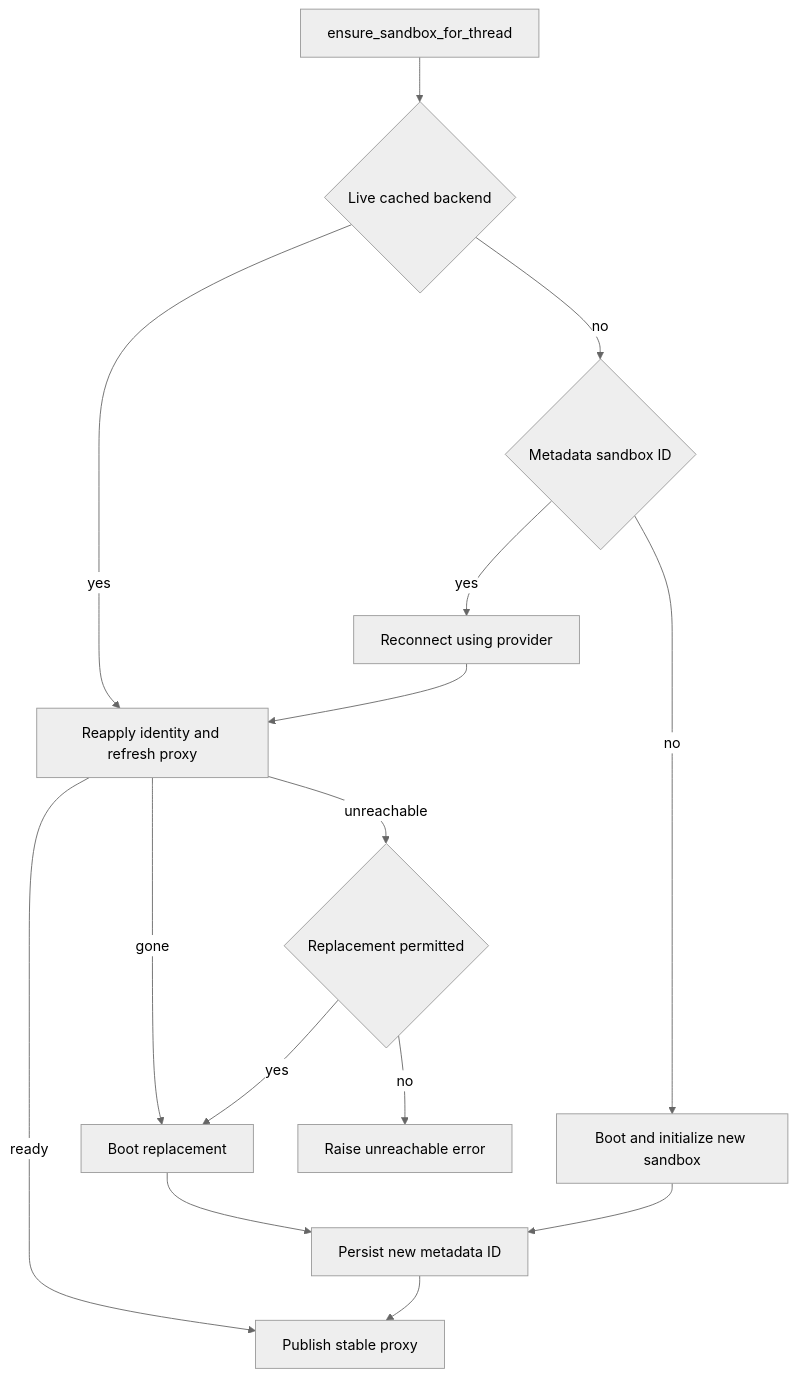
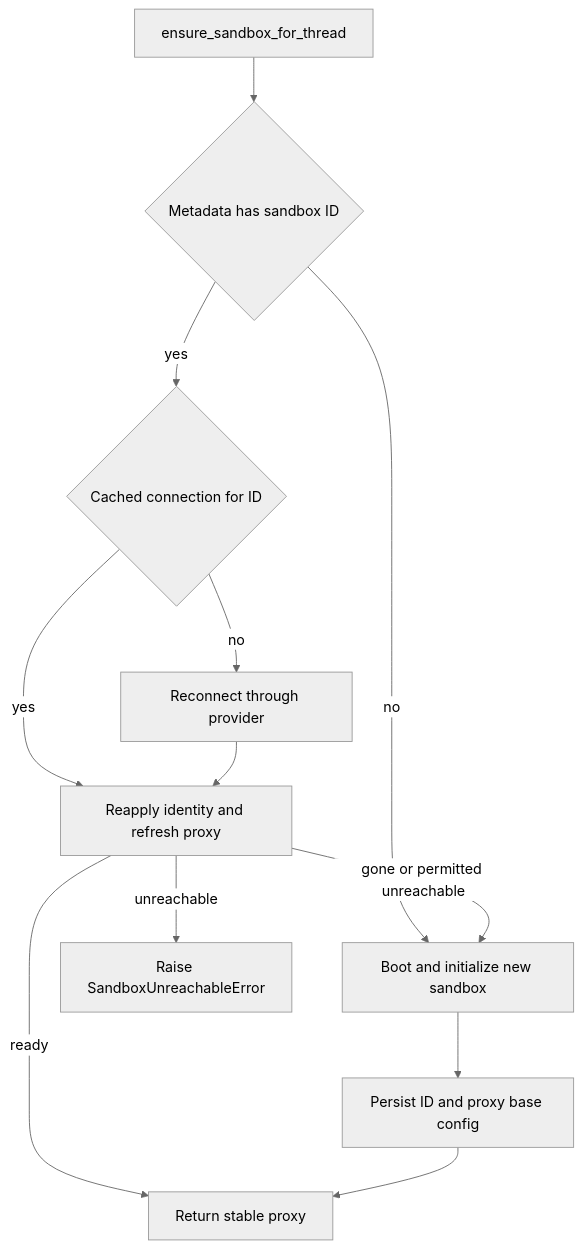
One commit to langchain-ai/open-swe changed the diagram in openwiki/architecture/sandbox-lifecycle.md. Above: the diagram before and after it, drawn with Mermaid (neutral theme). The commit also changed other lines of this file and 51 other files, not shown here.

````diff
--- a/openwiki/architecture/sandbox-lifecycle.md
+++ b/openwiki/architecture/sandbox-lifecycle.md
@@ -79,17 +81,14 @@
 ```mermaid
 flowchart TD
-  Start["ensure_sandbox_for_thread"] --> Cached{"Live cached backend"}
-  Cached -->|"yes"| Refresh["Reapply identity and refresh proxy"]
-  Cached -->|"no"| Bound{"Metadata sandbox ID"}
-  Bound -->|"yes"| Reconnect["Reconnect using provider"]
-  Bound -->|"no"| Create["Boot and initialize new sandbox"]
-  Reconnect --> Refresh
-  Refresh -->|"ready"| Publish
-  Refresh -->|"gone"| Replace["Boot replacement"]
-  Refresh -->|"unreachable"| Permit{"Replacement permitted"}
-  Permit -->|"yes"| Replace
-  Permit -->|"no"| Fail["Raise unreachable error"]
-  Create --> Bind["Persist new metadata ID"]
-  Replace --> Bind
-  Bind --> Publish["Publish stable proxy"]
+  Start["ensure_sandbox_for_thread"] --> Binding{"Metadata has sandbox ID"}
+  Binding -->|"no"| Boot["Boot and initialize new sandbox"]
+  Binding -->|"yes"| Connection{"Cached connection for ID"}
+  Connection -->|"yes"| Reuse["Reapply identity and refresh proxy"]
+  Connection -->|"no"| Reconnect["Reconnect through provider"]
+  Reconnect --> Reuse
+  Reuse -->|"ready"| Publish["Return stable proxy"]
+  Reuse -->|"gone or permitted unreachable"| Boot
+  Reuse -->|"unreachable"| Failure["Raise SandboxUnreachableError"]
+  Boot --> Persist["Persist ID and proxy base config"]
+  Persist --> Publish
 ```
````
